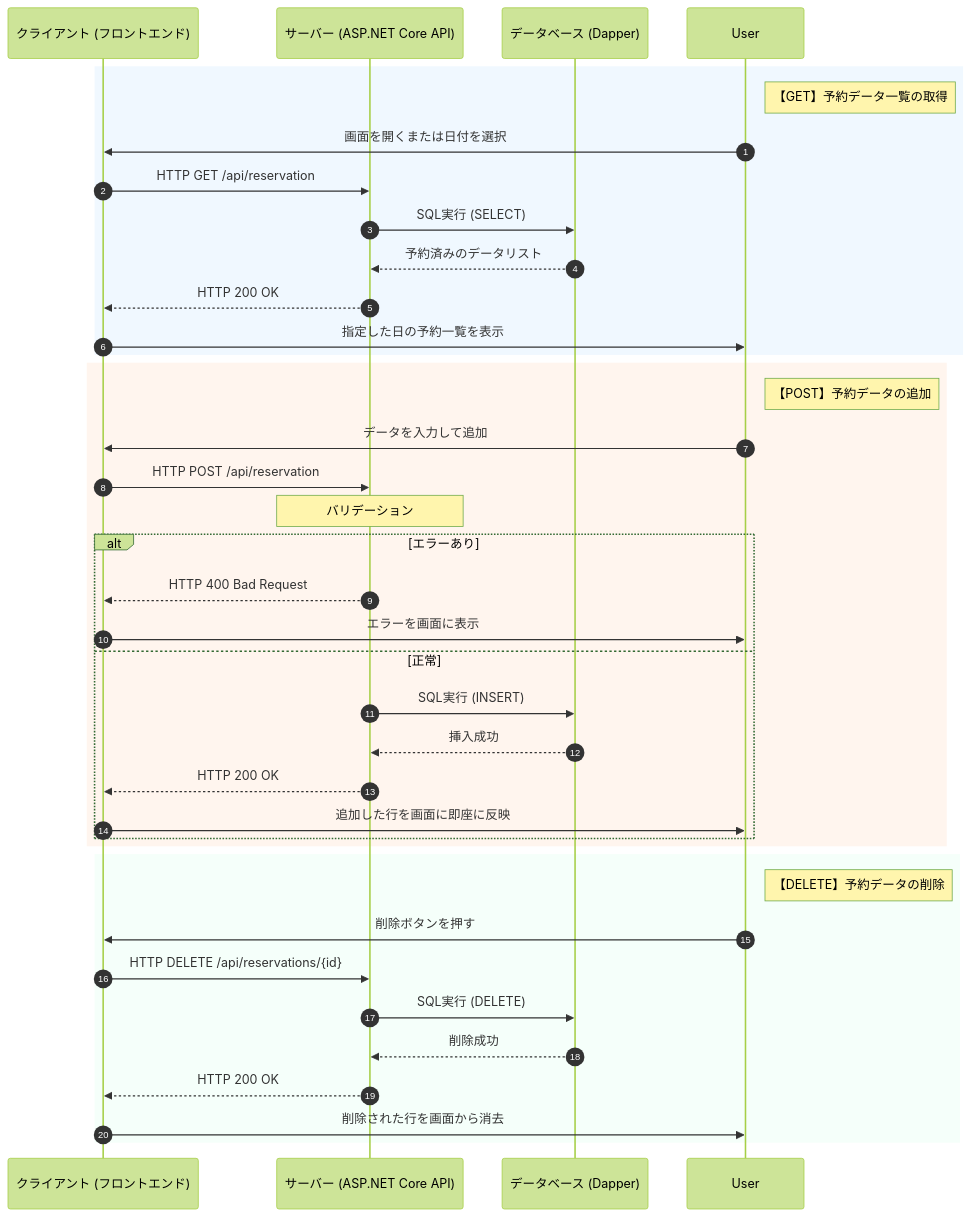
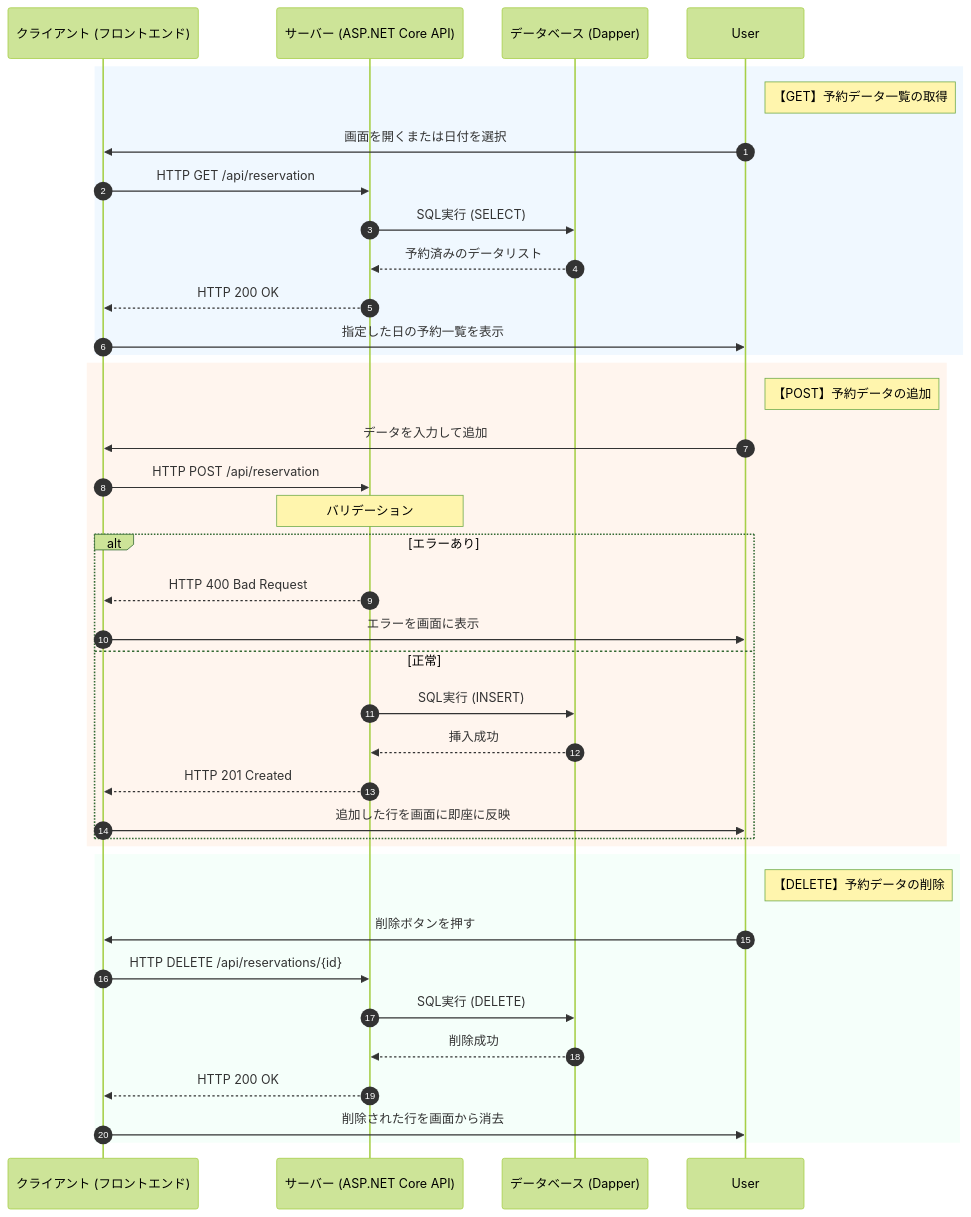
One commit to hosotanik/Term2Team4 changed the diagram in README.md. Above: the diagram before and after it, drawn with Mermaid (forest theme).

````diff
--- a/README.md
+++ b/README.md
@@ -20,43 +20,43 @@
 ```mermaid
 sequenceDiagram
     autonumber
     participant Client as クライアント (フロントエンド)
     participant Server as サーバー (ASP.NET Core API)
     participant DB as データベース (Dapper)
 
     rect rgb(240, 248, 255)
         note right of User: 【GET】予約データ一覧の取得
         User->>Client: 画面を開くまたは日付を選択
         Client->>Server: HTTP GET /api/reservation
         Server->>DB: SQL実行 (SELECT)
         DB-->>Server: 予約済みのデータリスト
         Server-->>Client: HTTP 200 OK
         Client->>User: 指定した日の予約一覧を表示
     end
 
     rect rgb(255, 245, 238)
         note right of User: 【POST】予約データの追加
         User->>Client: データを入力して追加
         Client->>Server: HTTP POST /api/reservation
         note over Server: バリデーション
         alt エラーあり
             Server-->>Client: HTTP 400 Bad Request
             Client->>User: エラーを画面に表示
         else 正常
             Server->>DB: SQL実行 (INSERT)
             DB-->>Server: 挿入成功
-            Server-->>Client: HTTP 200 OK
+            Server-->>Client: HTTP 201 Created
             Client->>User: 追加した行を画面に即座に反映
         end
     end
 
     rect rgb(245, 255, 250)
         note right of User: 【DELETE】予約データの削除
         User->>Client: 削除ボタンを押す
         Client->>Server: HTTP DELETE /api/reservations/{id}
         Server->>DB: SQL実行 (DELETE)
         DB-->>Server: 削除成功
         Server-->>Client: HTTP 200 OK
         Client->>User: 削除された行を画面から消去
     end
 ```
````
